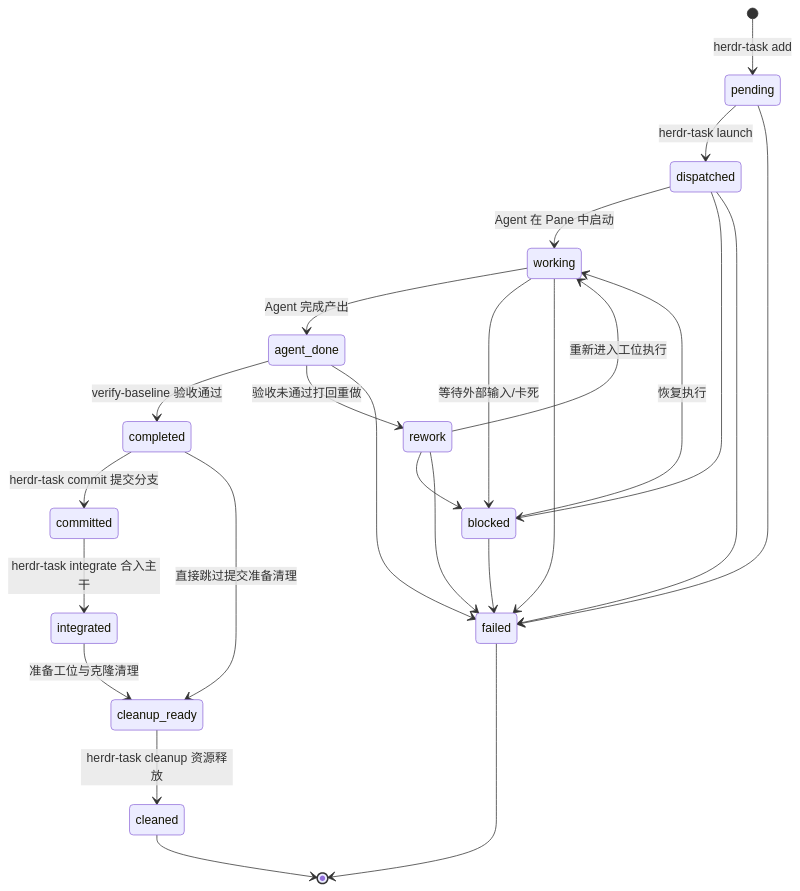
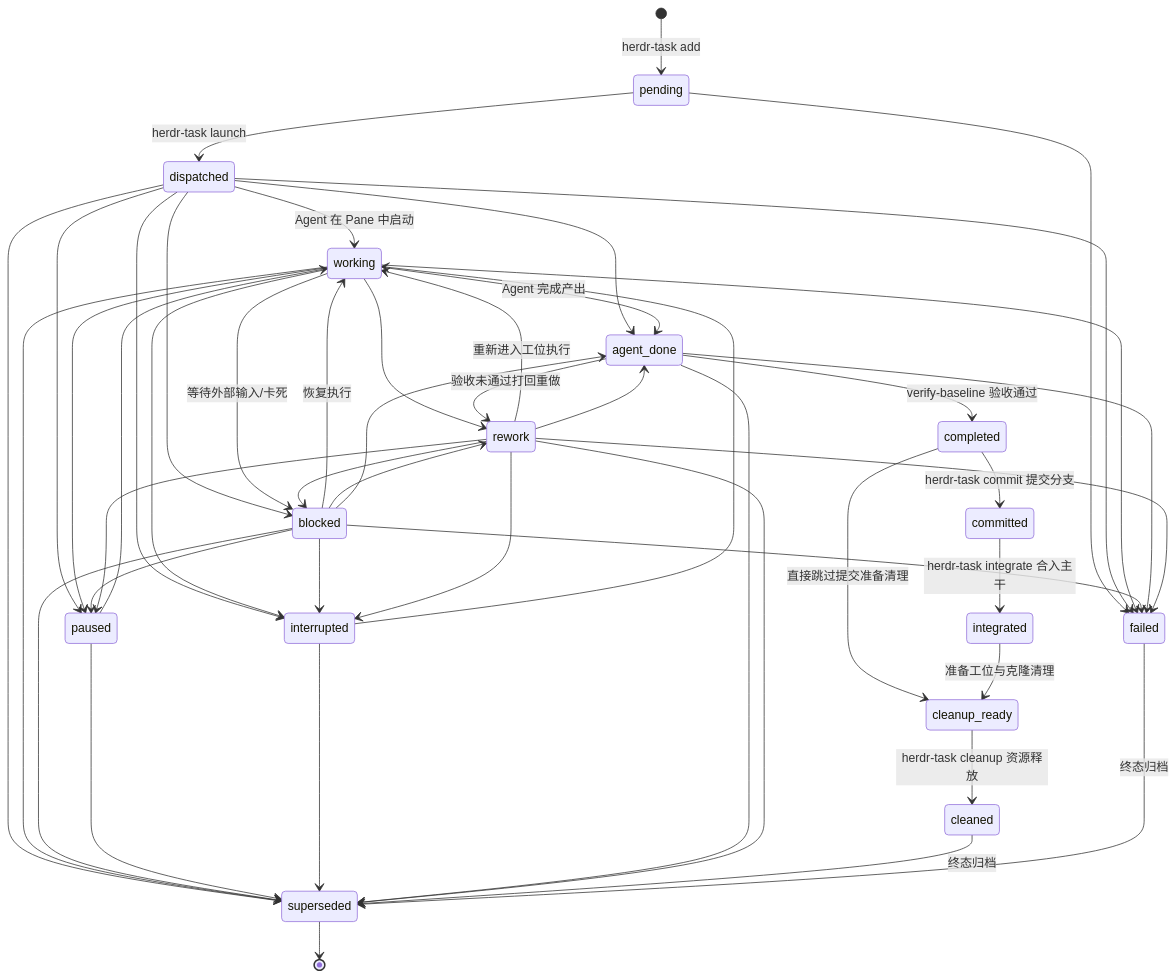
Before and after one commit to allinai0506/HAFlow: the diagram in wiki/task-lifecycle.md, drawn with Mermaid. The commit also changed other lines of this file and 12 other files, not shown here.

````diff
--- a/wiki/task-lifecycle.md
+++ b/wiki/task-lifecycle.md
@@ -17,35 +17,60 @@
 ```mermaid
 stateDiagram-v2
     [*] --> pending: herdr-task add
     pending --> dispatched: herdr-task launch
     pending --> failed
 
     dispatched --> working: Agent 在 Pane 中启动
     dispatched --> blocked
+    dispatched --> paused
+    dispatched --> interrupted
+    dispatched --> agent_done
     dispatched --> failed
+    dispatched --> superseded
 
     working --> agent_done: Agent 完成产出
     working --> blocked: 等待外部输入/卡死
+    working --> rework
+    working --> paused
+    working --> interrupted
     working --> failed
+    working --> superseded
 
     blocked --> working: 恢复执行
+    blocked --> rework
+    blocked --> paused
+    blocked --> interrupted
+    blocked --> agent_done
     blocked --> failed
+    blocked --> superseded
+
+    paused --> working
+    paused --> superseded
+
+    interrupted --> working
+    interrupted --> superseded
 
     agent_done --> completed: verify-baseline 验收通过
     agent_done --> rework: 验收未通过打回重做
     agent_done --> failed
+    agent_done --> superseded
 
     rework --> working: 重新进入工位执行
     rework --> blocked
+    rework --> paused
+    rework --> interrupted
+    rework --> agent_done
     rework --> failed
+    rework --> superseded
 
     completed --> committed: herdr-task commit 提交分支
     completed --> cleanup_ready: 直接跳过提交准备清理
 
     committed --> integrated: herdr-task integrate 合入主干
     integrated --> cleanup_ready: 准备工位与克隆清理
 
     cleanup_ready --> cleaned: herdr-task cleanup 资源释放
-    cleaned --> [*]
-    failed --> [*]
+    cleaned --> superseded: 终态归档
+    failed --> superseded: 终态归档
+    superseded --> [*]
 ```
````
